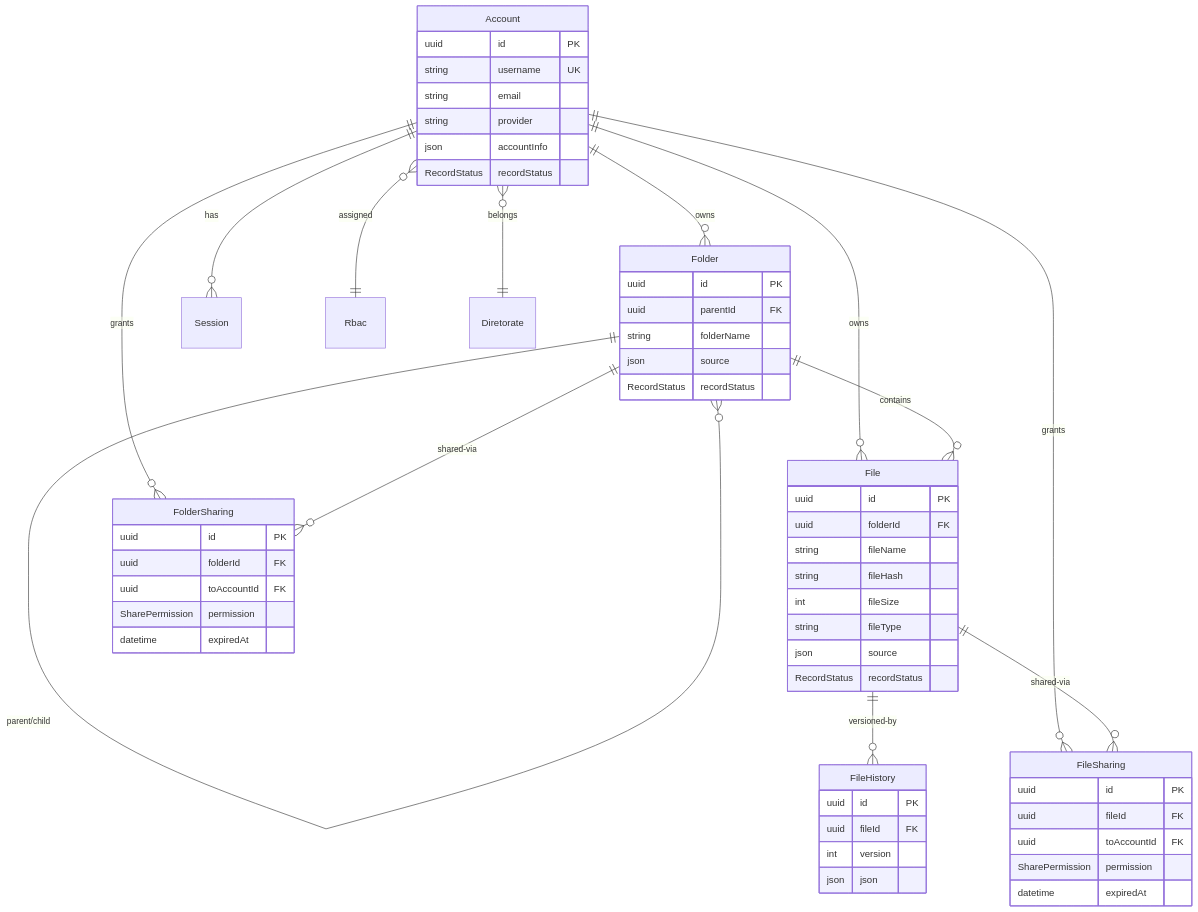
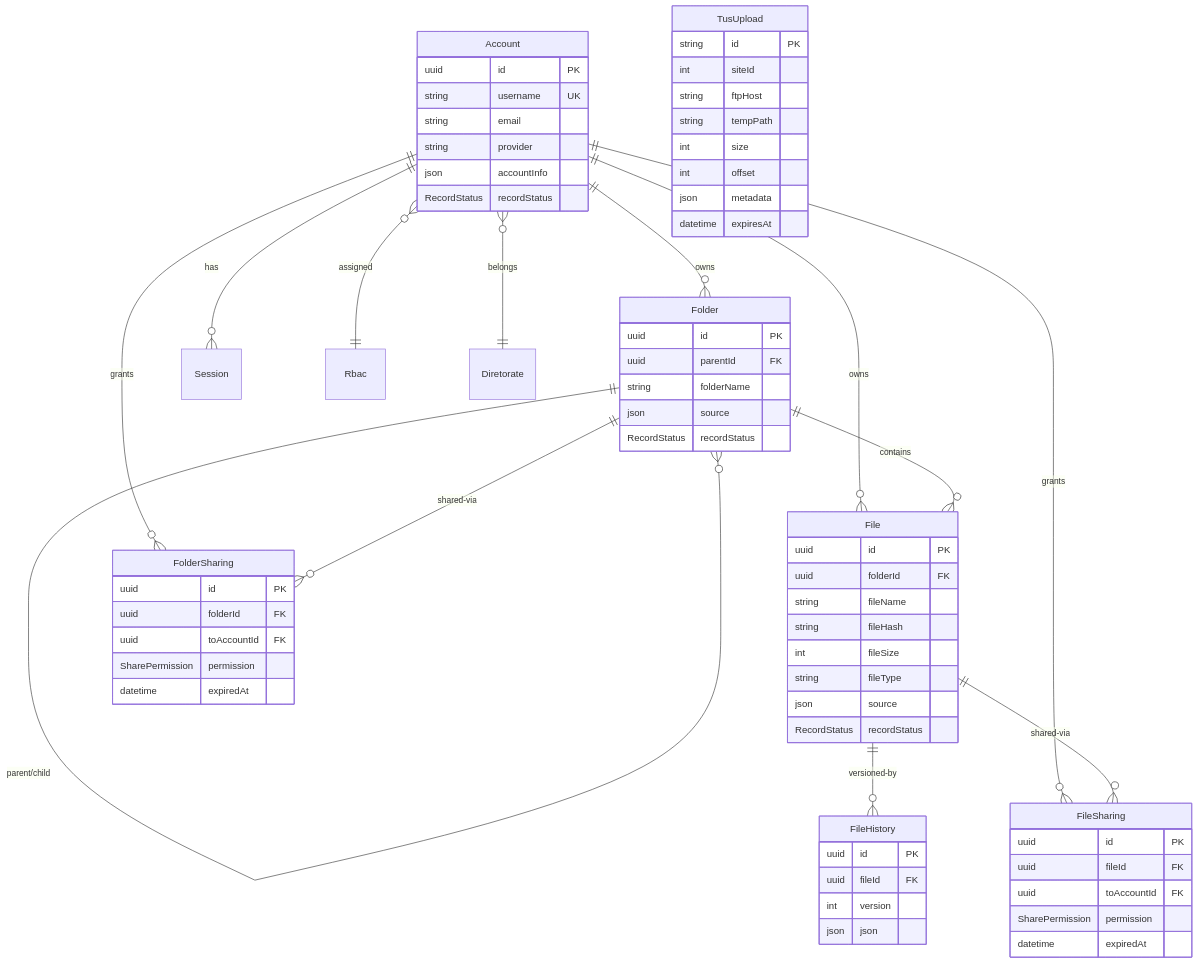
Before and after one commit to GLASSSFIN-DEV/ftp-drive-api: the ninth of 9 diagrams in README.md, drawn with Mermaid. The commit also changed other lines of this file, not shown here.

````diff
--- a/README.md
+++ b/README.md
@@ -413,63 +530,73 @@
 ```mermaid
 erDiagram
     Account ||--o{ Folder : owns
     Account ||--o{ File : owns
     Account ||--o{ Session : has
     Account ||--o{ FolderSharing : grants
     Account ||--o{ FileSharing : grants
     Account }o--|| Rbac : assigned
     Account }o--|| Diretorate : belongs
 
     Folder ||--o{ Folder : "parent/child"
     Folder ||--o{ File : contains
     Folder ||--o{ FolderSharing : shared-via
 
     File ||--o{ FileHistory : versioned-by
     File ||--o{ FileSharing : shared-via
 
     Account {
         uuid id PK
         string username UK
         string email
         string provider
         json accountInfo
         RecordStatus recordStatus
     }
     Folder {
         uuid id PK
         uuid parentId FK
         string folderName
         json source
         RecordStatus recordStatus
     }
     File {
         uuid id PK
         uuid folderId FK
         string fileName
         string fileHash
         int fileSize
         string fileType
         json source
         RecordStatus recordStatus
     }
     FileHistory {
         uuid id PK
         uuid fileId FK
         int version
         json json
     }
     FolderSharing {
         uuid id PK
         uuid folderId FK
         uuid toAccountId FK
         SharePermission permission
         datetime expiredAt
     }
     FileSharing {
         uuid id PK
         uuid fileId FK
         uuid toAccountId FK
         SharePermission permission
         datetime expiredAt
     }
+    TusUpload {
+        string id PK
+        int siteId
+        string ftpHost
+        string tempPath
+        int size
+        int offset
+        json metadata
+        datetime expiresAt
+    }
 ```
````
